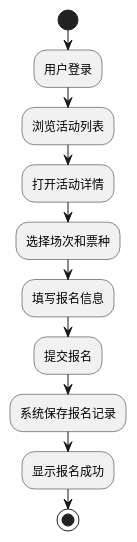
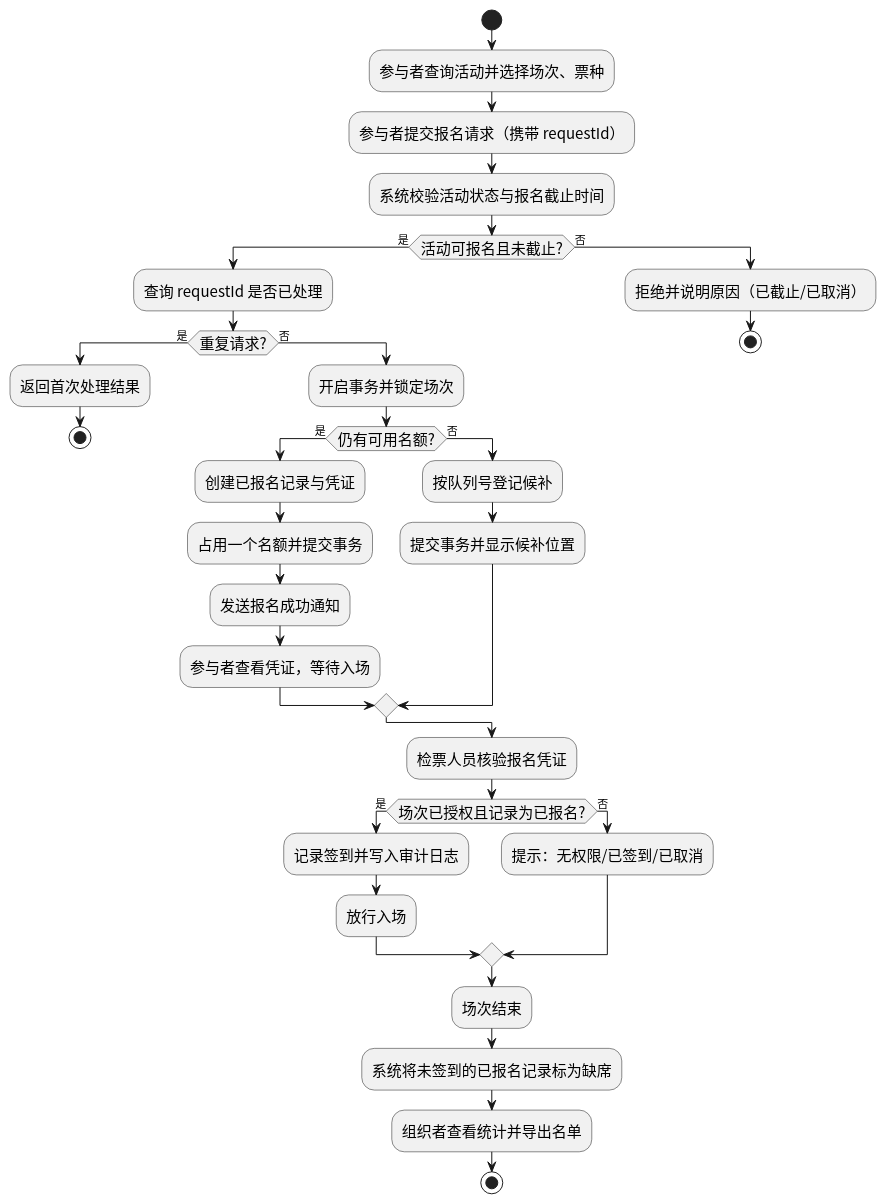
One commit to kkksc114/Software_Engineering_Lab changed the diagram in UML/UML活动图.puml. Above: the diagram before and after it, drawn with PlantUML. The commit also changed 8 other files, not shown here.

Commit message:
design: add exception, state and concurrency flows

```diff
--- a/UML/UML活动图.puml
+++ b/UML/UML活动图.puml
@@ -1,14 +1,42 @@
 @startuml
 skinparam defaultFontName "Noto Sans CJK SC"
+skinparam activityFontSize 15
+skinparam shadowing false
 
 start
-:用户登录;
-:浏览活动列表;
-:打开活动详情;
-:选择场次和票种;
-:填写报名信息;
-:提交报名;
-:系统保存报名记录;
-:显示报名成功;
+:参与者查询活动并选择场次、票种;
+:参与者提交报名请求（携带 requestId）;
+:系统校验活动状态与报名截止时间;
+if (活动可报名且未截止?) then (是)
+  :查询 requestId 是否已处理;
+  if (重复请求?) then (是)
+    :返回首次处理结果;
+    stop
+  else (否)
+    :开启事务并锁定场次;
+    if (仍有可用名额?) then (是)
+      :创建已报名记录与凭证;
+      :占用一个名额并提交事务;
+      :发送报名成功通知;
+      :参与者查看凭证，等待入场;
+    else (否)
+      :按队列号登记候补;
+      :提交事务并显示候补位置;
+    endif
+  endif
+else (否)
+  :拒绝并说明原因（已截止/已取消）;
+  stop
+endif
+:检票人员核验报名凭证;
+if (场次已授权且记录为已报名?) then (是)
+  :记录签到并写入审计日志;
+  :放行入场;
+else (否)
+  :提示：无权限/已签到/已取消;
+endif
+:场次结束;
+:系统将未签到的已报名记录标为缺席;
+:组织者查看统计并导出名单;
 stop
 @enduml
```
